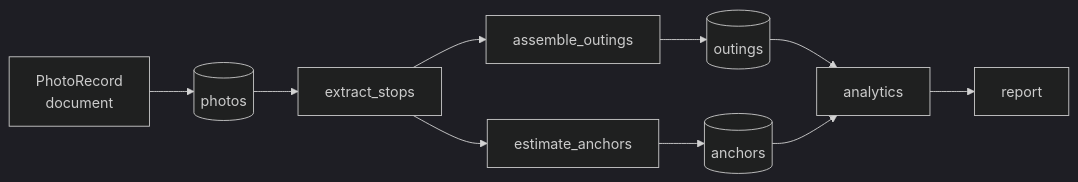
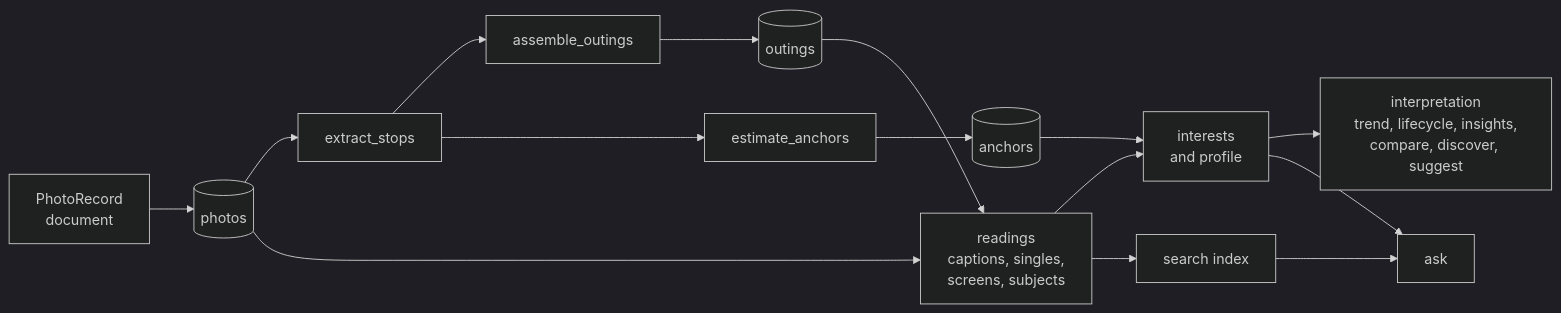
The third of 3 diagrams in docs/architecture.md (Nananananana/kiseki), drawn with Mermaid (dark theme) before and after one commit. The commit also changed other lines of this file and 5 other files, not shown here.

````diff
--- a/docs/architecture.md
+++ b/docs/architecture.md
@@ -62,12 +66,17 @@
 ```mermaid
 flowchart LR
     IN["PhotoRecord<br/>document"] --> PH[("photos")]
     PH --> ST["extract_stops"]
     ST --> OA["assemble_outings"]
     ST --> AE["estimate_anchors"]
     OA --> OU[("outings")]
     AE --> AN[("anchors")]
-    OU --> AN2["analytics"]
-    AN --> AN2
-    AN2 --> OUT["report"]
+    OU --> RD["readings<br/>captions, singles,<br/>screens, subjects"]
+    PH --> RD
+    RD --> PR["interests<br/>and profile"]
+    AN --> PR
+    PR --> IT["interpretation<br/>trend, lifecycle, insights,<br/>compare, discover, suggest"]
+    RD --> IX["search index"]
+    IX --> AS["ask"]
+    PR --> AS
 ```
````
